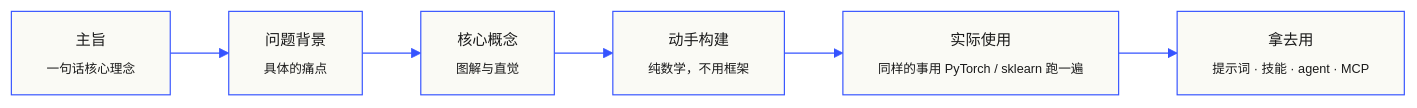
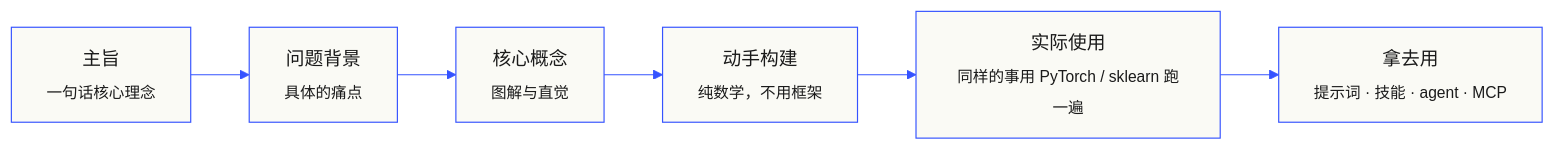
One commit to fancyboi999/ai-engineering-from-scratch-zh changed the second of 2 diagrams in README.md. Above: the diagram before and after it, drawn with Mermaid. The commit also changed other lines of this file, not shown here.

Commit message:
fix(readme): mermaid 去掉 JetBrains Mono 字体，修中文节点截断
根因：init 里的 fontFamily:'JetBrains Mono' 是英文等宽字体、无中文字形，
GitHub 渲染 mermaid 时用它测量节点宽度，测中文偏窄→节点画得过窄→中文
（尤其较长的 <sub> 副标题）溢出被裁切（"一句话核心理念"被截成"…核心理"）。

去掉 fontFamily/fontSize，让 mermaid 用默认 sans 字体栈正确测量中文宽度。
颜色主题（primaryColor/borderColor/lineColor）保留不变。

````diff
--- a/README.md
+++ b/README.md
@@ -115,9 +115,9 @@
 ```mermaid
-%%{init: {'theme':'base','themeVariables':{'primaryColor':'#fafaf5','primaryTextColor':'#1a1a1a','primaryBorderColor':'#3553ff','lineColor':'#3553ff','fontFamily':'JetBrains Mono','fontSize':'13px'}}}%%
+%%{init: {'theme':'base','themeVariables':{'primaryColor':'#fafaf5','primaryTextColor':'#1a1a1a','primaryBorderColor':'#3553ff','lineColor':'#3553ff'}}}%%
 flowchart LR
   M["主旨<br/><sub>一句话核心理念</sub>"] --> Pr["问题背景<br/><sub>具体的痛点</sub>"]
   Pr --> C["核心概念<br/><sub>图解与直觉</sub>"]
   C --> B["动手构建<br/><sub>纯数学，不用框架</sub>"]
   B --> U["实际使用<br/><sub>同样的事用 PyTorch / sklearn 跑一遍</sub>"]
   U --> S["拿去用<br/><sub>提示词 · 技能 · agent · MCP</sub>"]
 ```
````
